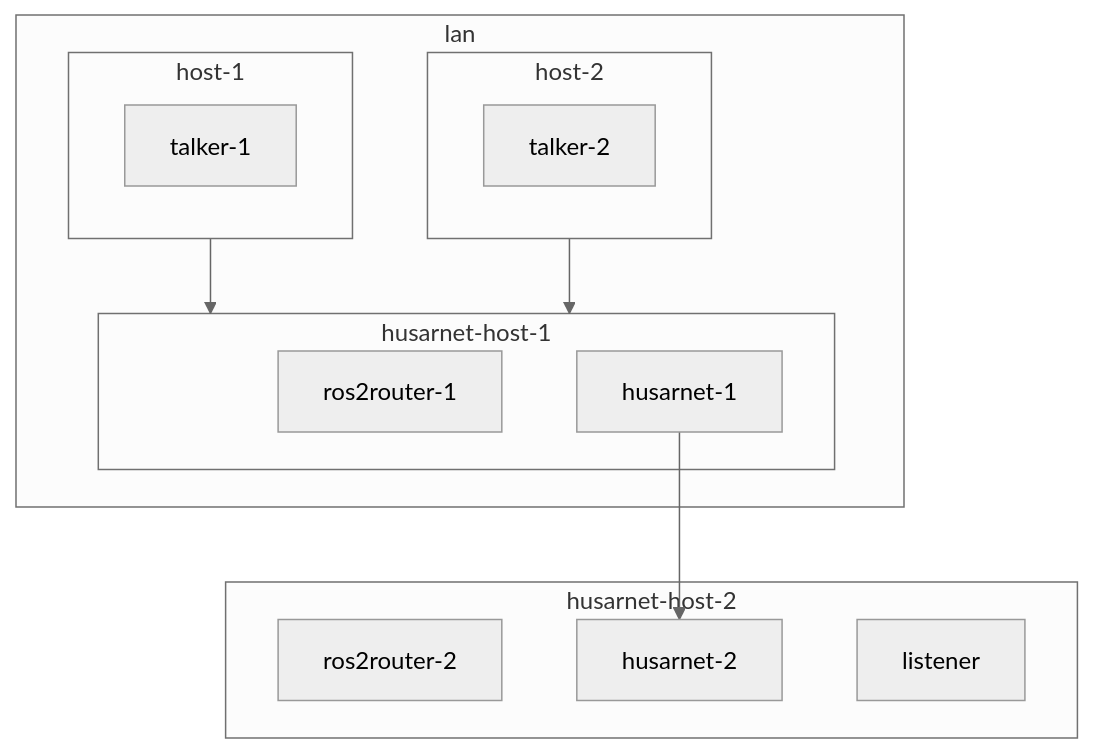
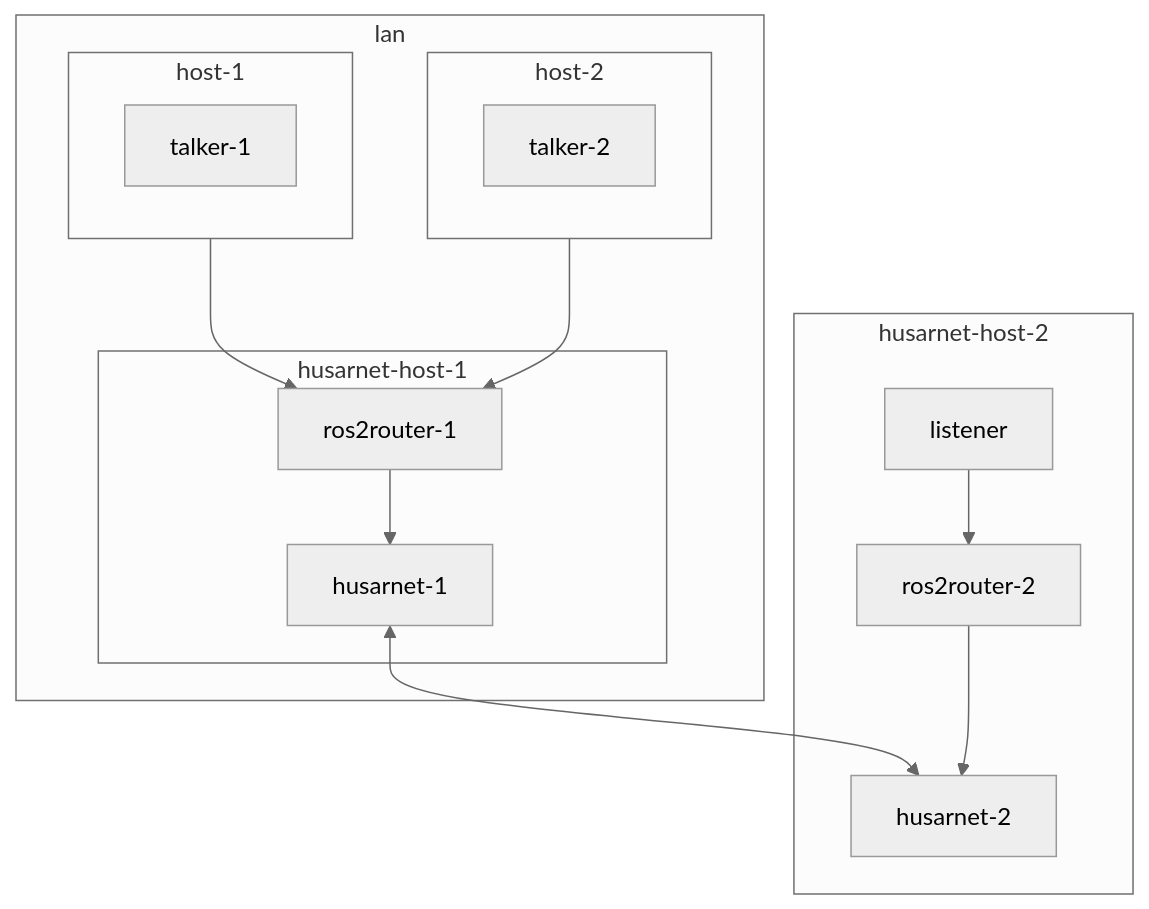
One commit to DominikN/husarnet-ros2-bridge-lan changed the diagram in README.md. Above: the diagram before and after it, drawn with Mermaid (neutral theme).

Commit message:
update the diagram

````diff
--- a/README.md
+++ b/README.md
@@ -3,26 +3,31 @@
 ```mermaid
 graph TB
     subgraph lan
         subgraph host-1
             talker-1
         end
         subgraph host-2
             talker-2
         end
         subgraph husarnet-host-1
             ros2router-1
             husarnet-1
         end
     end
 
     subgraph husarnet-host-2
         ros2router-2
         husarnet-2
         listener
     end
     
-    host-1-->husarnet-host-1
-    host-2-->husarnet-host-1
+    host-1-->ros2router-1
+    host-2-->ros2router-1
 
-    husarnet-1-->husarnet-2
+    ros2router-1-->husarnet-1
+
+    husarnet-1<-->husarnet-2
+
+    ros2router-2-->husarnet-2
+    listener-->ros2router-2
 ```
````
